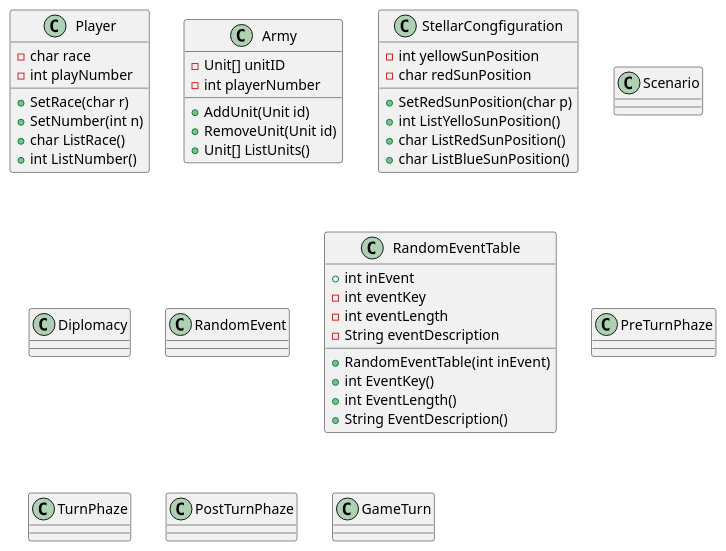
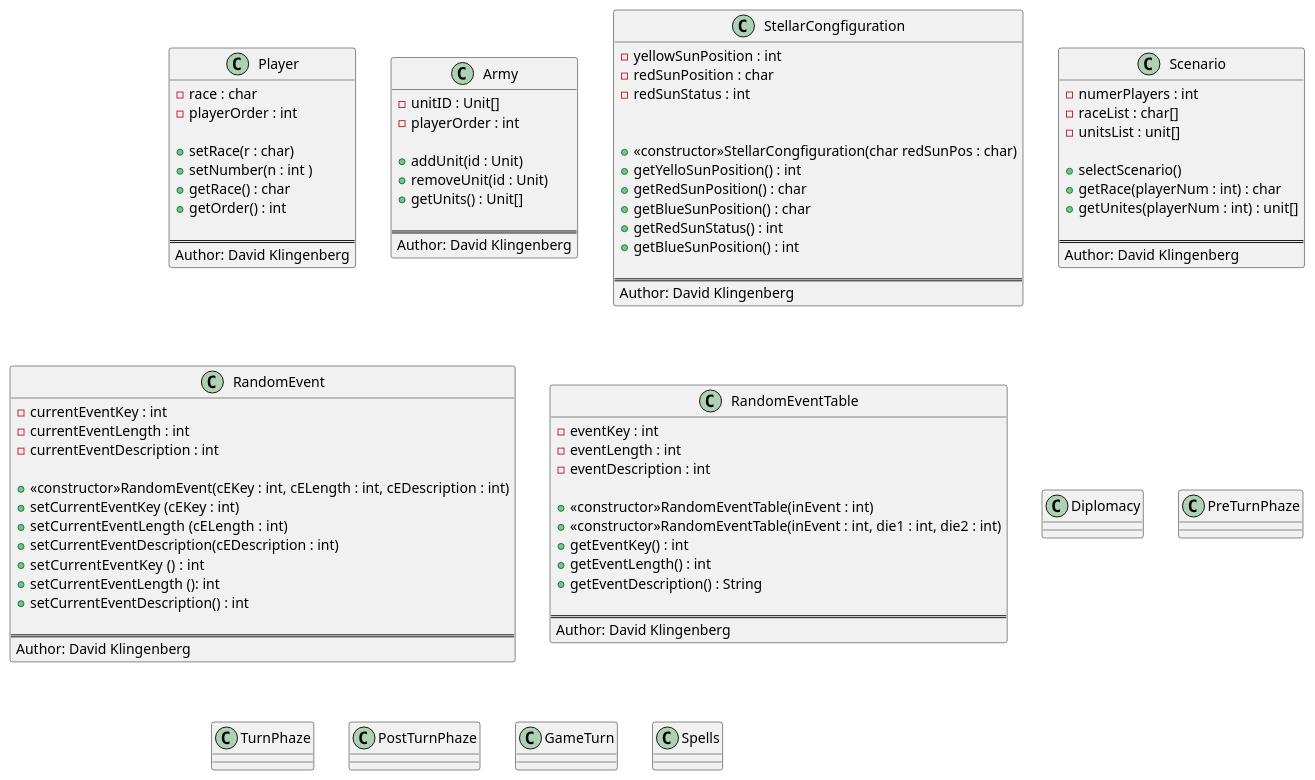
Before and after one commit to bigwookiee/CS383: the diagram in src/ClassDiagrams/SubTeam_David_ Gabe_Class Diagram.pu, drawn with PlantUML. The commit also changed 1 other file, not shown here.

Commit message:
Updated SubTeam_David.....  to better reflect standerd uml and finished right my share of the class diagrames.  Will link togather later.

```diff
--- a/src/ClassDiagrams/SubTeam_David_ Gabe_Class Diagram.pu
+++ b/src/ClassDiagrams/SubTeam_David_ Gabe_Class Diagram.pu
@@ -1,62 +1,103 @@
 @startuml
 
 
 class Player{
-	-char race
-	-int playNumber
+	-race : char
+	-playerOrder : int
 
-	+SetRace(char r)
-	+SetNumber(int n)
-	+char ListRace()
-	+int ListNumber()	
+	+setRace(r : char)
+	+setNumber(n : int )
+	+getRace() : char
+	+getOrder() : int	
 
-
+	==
+	Author: David Klingenberg 
 }  
 
 class Army{
-	-Unit[] unitID
-	-int playerNumber
+	-unitID : Unit[]
+	-playerOrder : int
 
-	+AddUnit(Unit id)
-	+RemoveUnit(Unit id)
-	+Unit[] ListUnits()
+	+addUnit(id : Unit)
+	+removeUnit(id : Unit)
+	+getUnits() : Unit[]
+
+	==
+	Author: David Klingenberg 
 }
 
 class StellarCongfiguration{
-	-int yellowSunPosition
-	-char redSunPosition
+	-yellowSunPosition : int
+	-redSunPosition : char
+	-redSunStatus : int
+		
 
-	+SetRedSunPosition(char p)
-	+int ListYelloSunPosition()
-	+char ListRedSunPosition()
-	+char ListBlueSunPosition()
+	+<<constructor>>StellarCongfiguration(char redSunPos : char)
+	+getYelloSunPosition() : int
+	+getRedSunPosition() : char
+	+getBlueSunPosition() : char
+	+getRedSunStatus() : int
+	+getBlueSunPosition() : int
 
+	==
+	Author: David Klingenberg 
 }
 
+class Scenario {
+	-numerPlayers : int
+	-raceList : char[]
+	-unitsList : unit[]
 
+	+selectScenario()
+	+getRace(playerNum : int) : char
+	+getUnites(playerNum : int) : unit[]
 
+	==
+	Author: David Klingenberg  
+}
 
-class Scenario {
-	
-	
+class RandomEvent{
+	-currentEventKey : int
+	-currentEventLength : int
+	-currentEventDescription : int
+
+	+<<constructor>>RandomEvent(cEKey : int, cELength : int, cEDescription : int)
+	+setCurrentEventKey (cEKey : int)
+	+setCurrentEventLength (cELength :  int)
+	+setCurrentEventDescription(cEDescription : int)
+	+setCurrentEventKey () :  int
+	+setCurrentEventLength (): int
+	+setCurrentEventDescription() : int
+
+	==
+	Author: David Klingenberg 
+}
+
+class RandomEventTable{
+	-eventKey : int
+	-eventLength : int
+	-eventDescription : int
+
+	+<<constructor>>RandomEventTable(inEvent : int)
+	+<<constructor>>RandomEventTable(inEvent : int, die1 : int, die2 : int)
+	+getEventKey() : int
+	+getEventLength() : int
+	+getEventDescription() : String
+
+	==
+	Author: David Klingenberg 
 }
 
 class Diplomacy
-class RandomEvent
-class RandomEventTable {
-	+int inEvent
-	-int eventKey
-	-int eventLength
-	-String eventDescription
 
-	+RandomEventTable(int inEvent)
-	+int EventKey()
-	+int EventLength()
-	+String EventDescription()
-}
 class PreTurnPhaze
+
 class TurnPhaze
+
 class PostTurnPhaze
+
 class GameTurn
 
+class Spells
+
 @enduml
```
